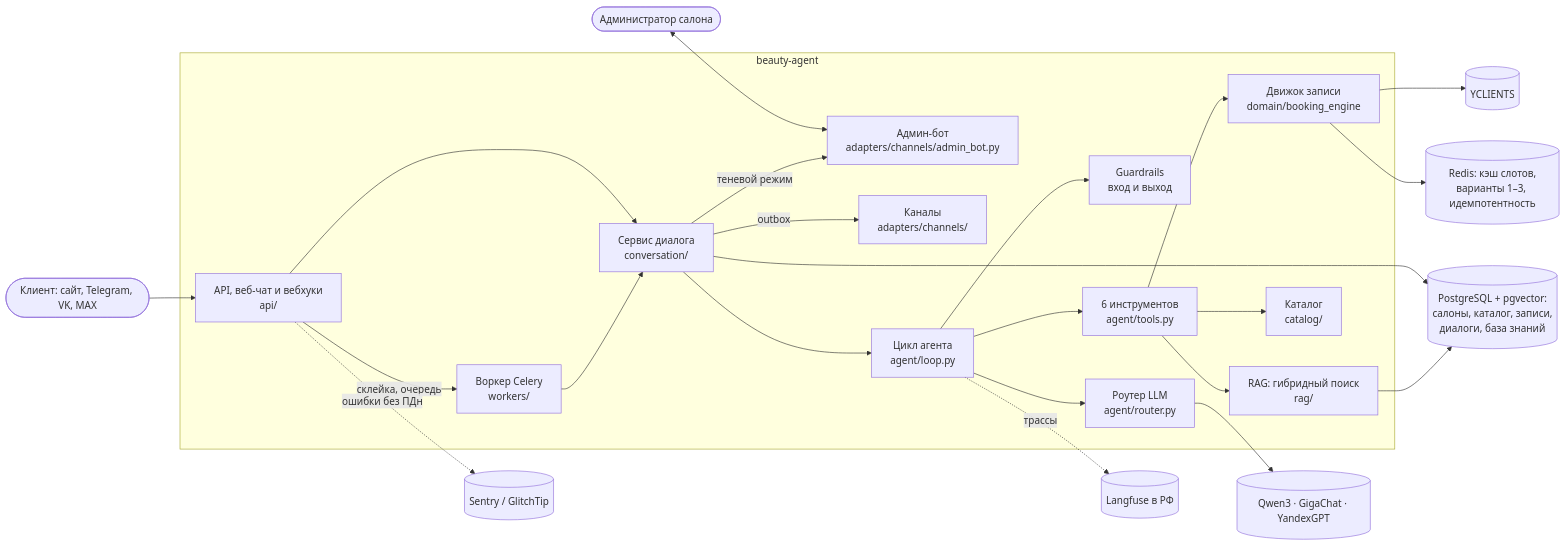
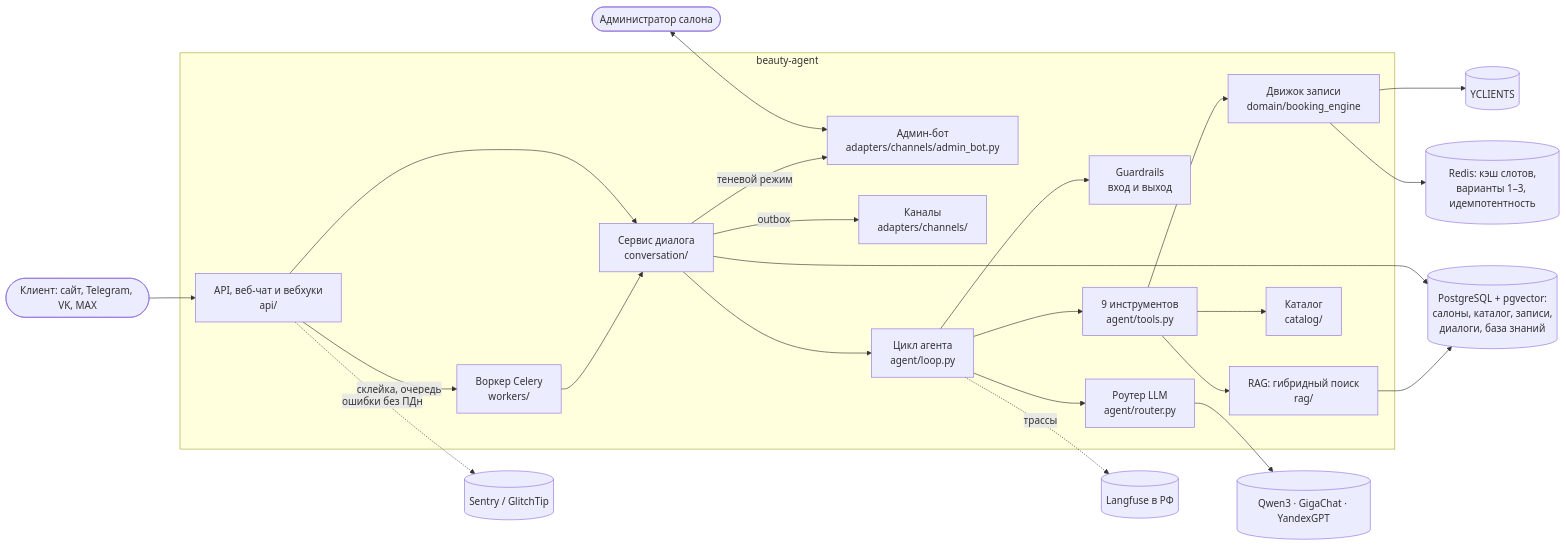
Before and after one commit to Bananas1631/Ai-beauty-agent: the diagram in docs/architecture.md, drawn with Mermaid. The commit also changed other lines of this file and 2 other files, not shown here.

````diff
--- a/docs/architecture.md
+++ b/docs/architecture.md
@@ -7,28 +7,28 @@
 ```mermaid
 flowchart LR
     client([Клиент: сайт, Telegram, VK, MAX]) --> api
     admin([Администратор салона]) <--> adminbot
 
     subgraph app [beauty-agent]
         api[API, веб-чат и вебхуки<br/>api/] -->|склейка, очередь| worker[Воркер Celery<br/>workers/]
         api --> conv
         worker --> conv[Сервис диалога<br/>conversation/]
         conv -->|теневой режим| adminbot[Админ-бот<br/>adapters/channels/admin_bot.py]
         conv -->|outbox| channels[Каналы<br/>adapters/channels/]
         conv --> agent[Цикл агента<br/>agent/loop.py]
         agent --> guard[Guardrails<br/>вход и выход]
-        agent --> tools[6 инструментов<br/>agent/tools.py]
+        agent --> tools[9 инструментов<br/>agent/tools.py]
         tools --> engine[Движок записи<br/>domain/booking_engine]
         tools --> rag[RAG: гибридный поиск<br/>rag/]
         tools --> catalog[Каталог<br/>catalog/]
         agent --> router[Роутер LLM<br/>agent/router.py]
     end
 
     router --> llm[(Qwen3 · GigaChat · YandexGPT)]
     engine --> crm[(YCLIENTS)]
     engine --> redis[(Redis: кэш слотов,<br/>варианты 1–3, идемпотентность)]
     conv --> pg[(PostgreSQL + pgvector:<br/>салоны, каталог, записи,<br/>диалоги, база знаний)]
     rag --> pg
     agent -. трассы .-> langfuse[(Langfuse в РФ)]
     api -. ошибки без ПДн .-> sentry[(Sentry / GlitchTip)]
 ```
````
